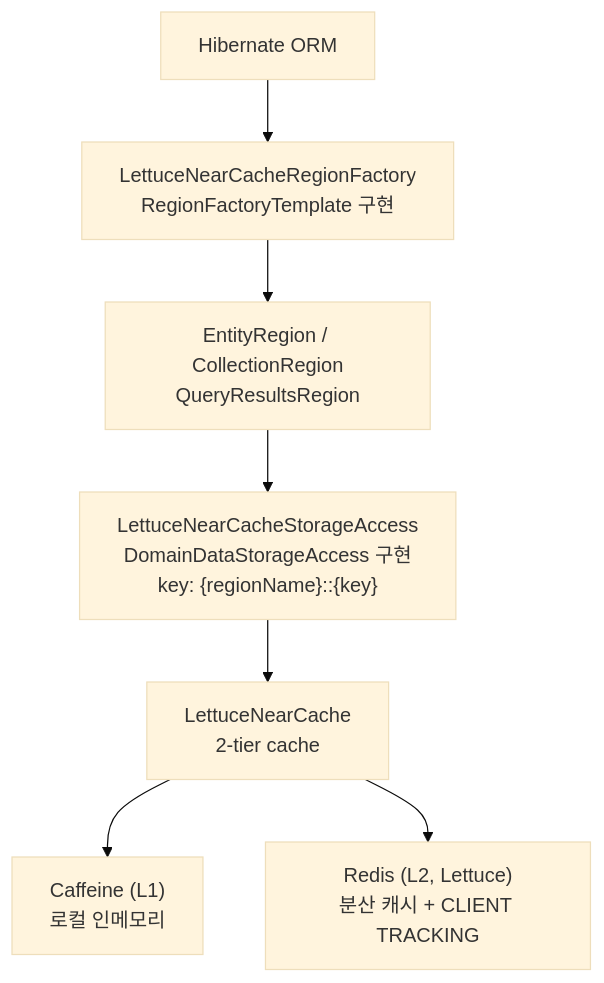
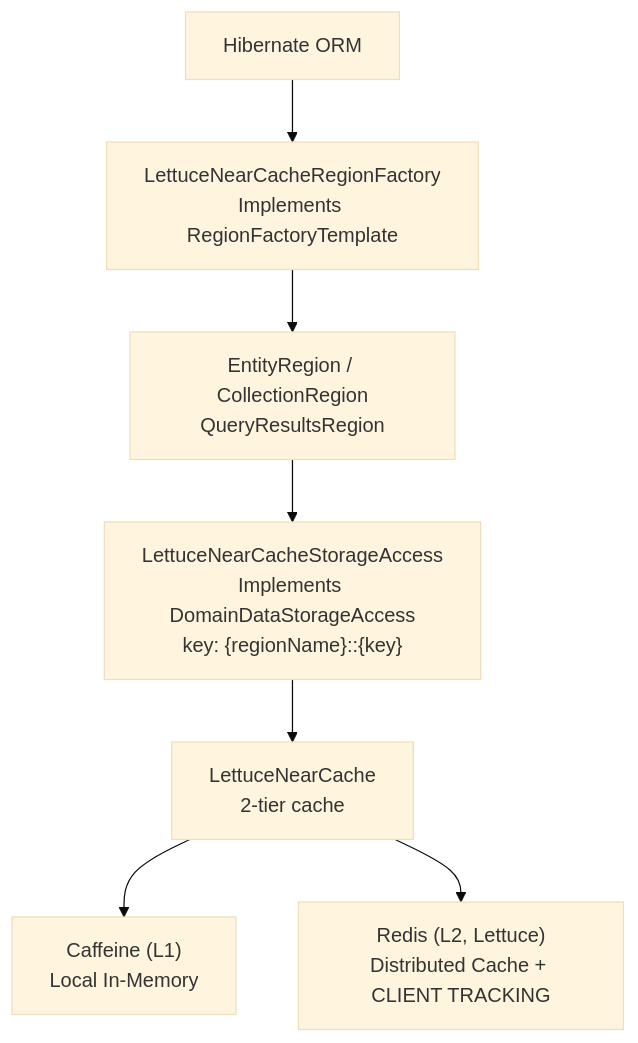
One commit to bluetape4k/bluetape4k-projects changed the second of 3 diagrams in data/hibernate-cache-lettuce/README.md. Above: the diagram before and after it, drawn with Mermaid (base theme). The commit also changed other lines of this file and 265 other files, not shown here.

````diff
--- a/data/hibernate-cache-lettuce/README.md
+++ b/data/hibernate-cache-lettuce/README.md
@@ -33,17 +35,17 @@
 ```mermaid
 flowchart TD
     Hibernate["Hibernate ORM"]
-    Factory["LettuceNearCacheRegionFactory<br/>RegionFactoryTemplate 구현"]
+    Factory["LettuceNearCacheRegionFactory<br/>Implements RegionFactoryTemplate"]
     Region["EntityRegion / CollectionRegion<br/>QueryResultsRegion"]
-    Storage["LettuceNearCacheStorageAccess<br/>DomainDataStorageAccess 구현<br/>key: {regionName}::{key}"]
+    Storage["LettuceNearCacheStorageAccess<br/>Implements DomainDataStorageAccess<br/>key: {regionName}::{key}"]
     NearCache["LettuceNearCache<br/>2-tier cache"]
-    L1["Caffeine (L1)<br/>로컬 인메모리"]
-    L2["Redis (L2, Lettuce)<br/>분산 캐시 + CLIENT TRACKING"]
+    L1["Caffeine (L1)<br/>Local In-Memory"]
+    L2["Redis (L2, Lettuce)<br/>Distributed Cache + CLIENT TRACKING"]
 
     Hibernate --> Factory
     Factory --> Region
     Region --> Storage
     Storage --> NearCache
     NearCache --> L1
     NearCache --> L2
 ```
````
